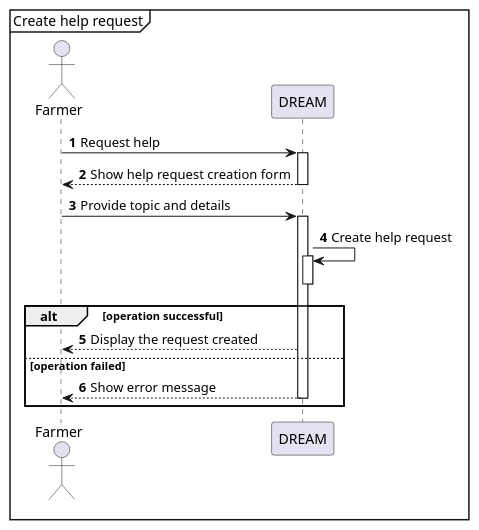
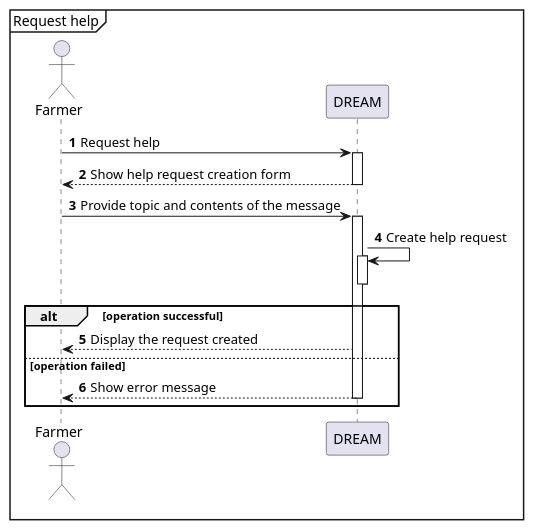
The diagram in RASD/uml/sequence/request_help.puml (Astenna/DREAM), drawn with PlantUML before and after one commit. The commit also changed 4 other files, not shown here.

Commit message:
UML diagrams, naming alignments

```diff
--- a/RASD/uml/sequence/request_help.puml
+++ b/RASD/uml/sequence/request_help.puml
@@ -1,22 +1,22 @@
 @startuml Request help
 
-mainframe Create help request
+mainframe Request help
 autonumber
 
 actor Farmer
 participant DREAM
 
 Farmer -> DREAM++: Request help
 DREAM --> Farmer--: Show help request creation form
 
-Farmer -> DREAM++: Provide topic and details
+Farmer -> DREAM++: Provide topic and contents of the message
 DREAM -> DREAM++: Create help request
 deactivate DREAM
 
 alt operation successful
     DREAM --> Farmer : Display the request created
 else operation failed
     DREAM --> Farmer--: Show error message
 end
 
 @enduml
```
